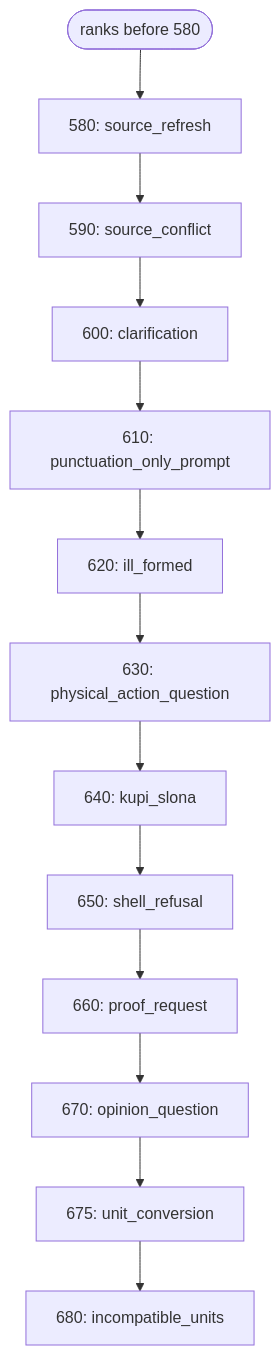
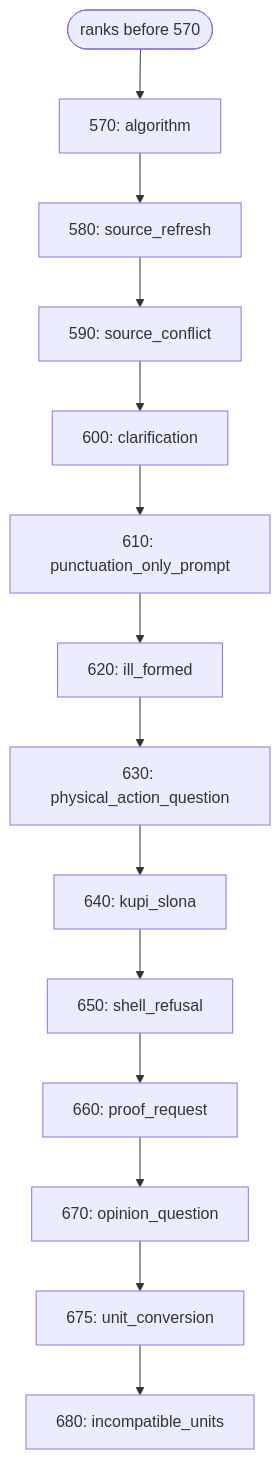
The sixth of 6 diagrams in docs/diagrams/solver-handlers.md (link-assistant/formal-ai), drawn with Mermaid before and after one commit. The commit also changed other lines of this file and 406 other files, not shown here.

````diff
--- a/docs/diagrams/solver-handlers.md
+++ b/docs/diagrams/solver-handlers.md
@@ -267,16 +267,17 @@
 ```mermaid
 flowchart TD
-    before_6(["ranks before 580"])
-    before_6 --> h_source_refresh["580: source_refresh"]
+    before_6(["ranks before 570"])
+    before_6 --> h_algorithm["570: algorithm"]
+    h_algorithm --> h_source_refresh["580: source_refresh"]
     h_source_refresh --> h_source_conflict["590: source_conflict"]
     h_source_conflict --> h_clarification["600: clarification"]
     h_clarification --> h_punctuation_only_prompt["610: punctuation_only_prompt"]
     h_punctuation_only_prompt --> h_ill_formed["620: ill_formed"]
     h_ill_formed --> h_physical_action_question["630: physical_action_question"]
     h_physical_action_question --> h_kupi_slona["640: kupi_slona"]
     h_kupi_slona --> h_shell_refusal["650: shell_refusal"]
     h_shell_refusal --> h_proof_request["660: proof_request"]
     h_proof_request --> h_opinion_question["670: opinion_question"]
     h_opinion_question --> h_unit_conversion["675: unit_conversion"]
     h_unit_conversion --> h_incompatible_units["680: incompatible_units"]
 ```
````
